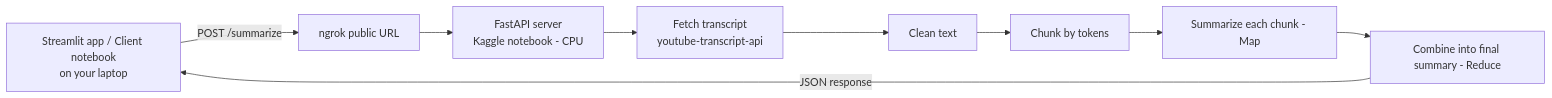
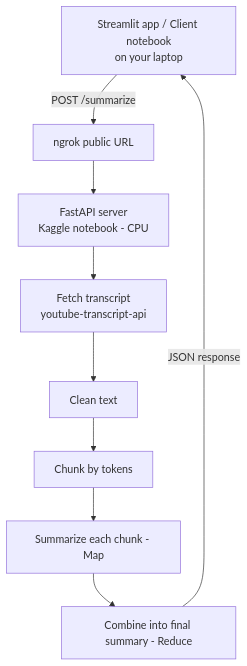
One commit to Abdelrahman-Galal-00/youtube-video-summarizer changed the diagram in README.md. Above: the diagram before and after it, drawn with Mermaid.

Commit message:
Change flowchart direction in README
Updated flowchart direction from LR to TD in README.

````diff
--- a/README.md
+++ b/README.md
@@ -7,11 +7,11 @@
 ```mermaid
-flowchart LR
+flowchart TD
     A[Streamlit app / Client notebook<br/>on your laptop] -- POST /summarize --> B[ngrok public URL]
     B --> C[FastAPI server<br/>Kaggle notebook - CPU]
     C --> D[Fetch transcript<br/>youtube-transcript-api]
     D --> E[Clean text]
     E --> F[Chunk by tokens]
     F --> G[Summarize each chunk - Map]
     G --> H[Combine into final summary - Reduce]
     H -- JSON response --> A
 ```
````
